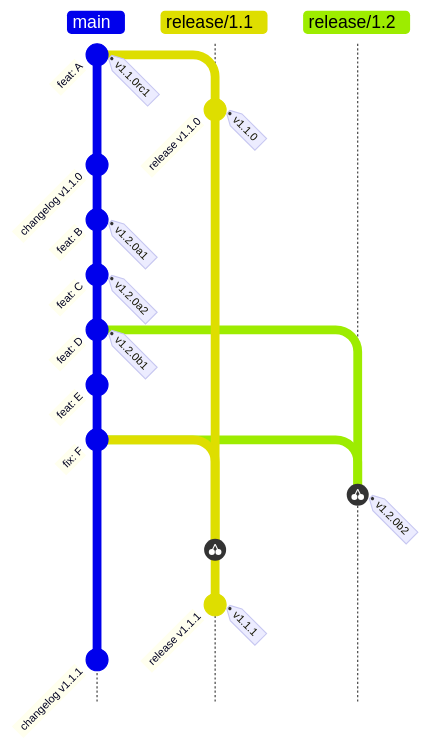
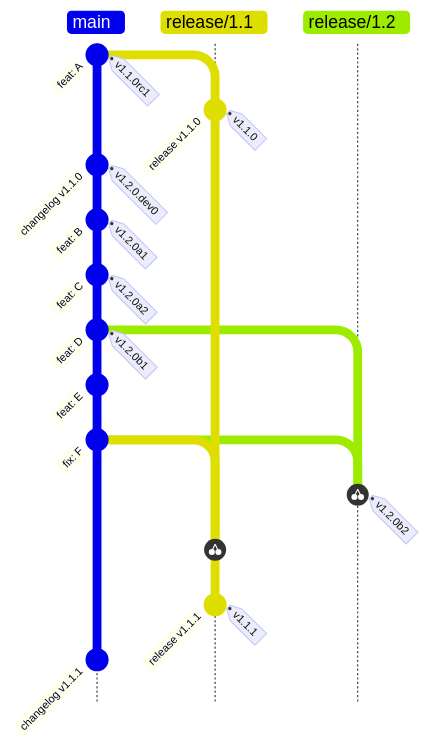
Before and after one commit to Algorithmiq/release-tools: the third of 5 diagrams in docs/branching-model.md, drawn with Mermaid. The commit also changed other lines of this file and 23 other files, not shown here.

````diff
--- a/docs/branching-model.md
+++ b/docs/branching-model.md
@@ -40,22 +44,22 @@
 ```mermaid
 gitGraph TB:
   commit id: "feat: A" tag: "v1.1.0rc1"
   branch release/1.1
   commit id: "release v1.1.0" tag: "v1.1.0"
   checkout main
-  commit id: "changelog v1.1.0"
+  commit id: "changelog v1.1.0" tag: "v1.2.0.dev0"
   commit id: "feat: B" tag: "v1.2.0a1"
   commit id: "feat: C" tag: "v1.2.0a2"
   commit id: "feat: D" tag: "v1.2.0b1"
   branch release/1.2
   checkout main
   commit id: "feat: E"
   commit id: "fix: F"
   checkout release/1.2
   cherry-pick id: "fix: F" tag: "v1.2.0b2"
   checkout release/1.1
   cherry-pick id: "fix: F" tag: ""
   commit id: "release v1.1.1" tag: "v1.1.1"
   checkout main
   commit id: "changelog v1.1.1"
 ```
````
